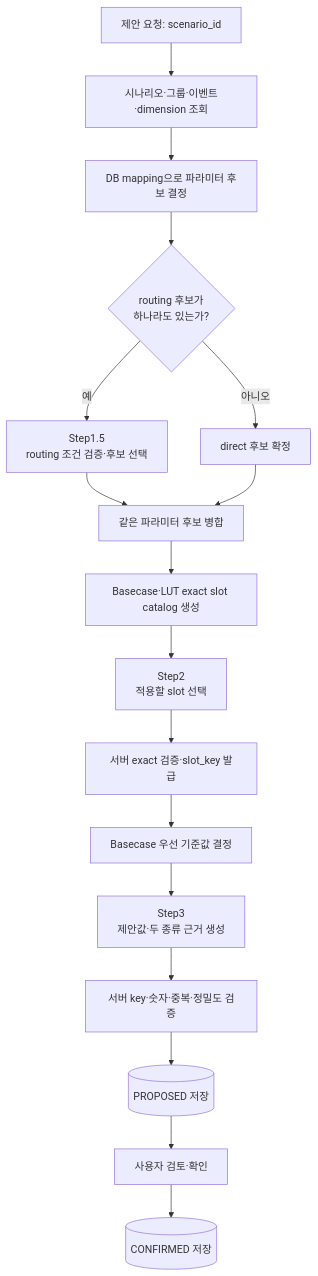
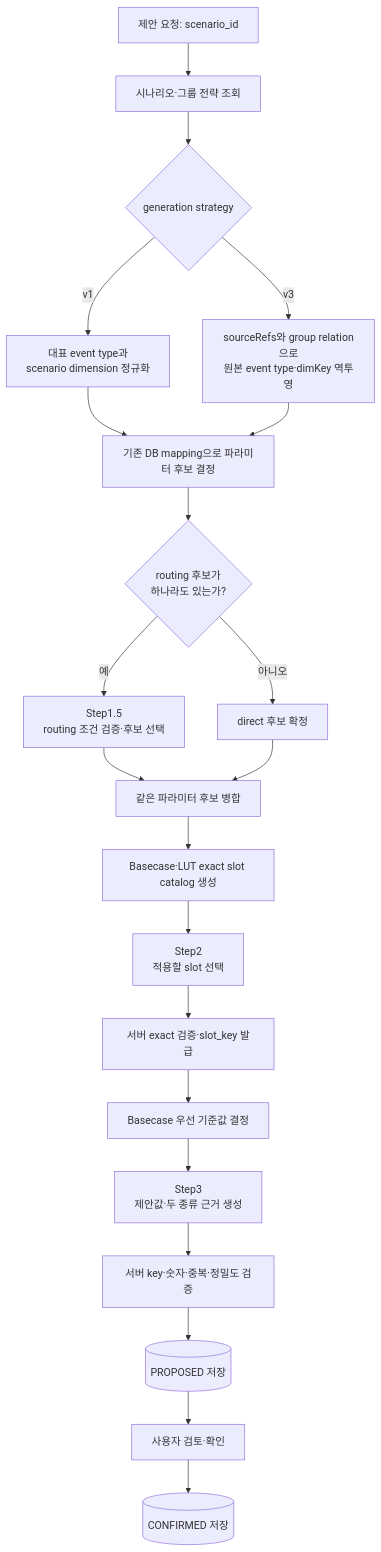
Before and after one commit to enkhbaatarL/skmip-mi-agent: the first of 4 diagrams in apps/agents/model_parameter_agent/docs/04_MODEL_PARAMETER_AGENT_FLOW.md, drawn with Mermaid. The commit also changed other lines of this file and 34 other files, not shown here.

Commit message:
feat: 모델 파라미터 멀티 이벤트 v3 연계

````diff
--- a/apps/agents/model_parameter_agent/docs/04_MODEL_PARAMETER_AGENT_FLOW.md
+++ b/apps/agents/model_parameter_agent/docs/04_MODEL_PARAMETER_AGENT_FLOW.md
@@ -26,19 +28,23 @@
 ```mermaid
 flowchart TD
-    A[제안 요청: scenario_id] --> B[시나리오·그룹·이벤트·dimension 조회]
-    B --> C[DB mapping으로 파라미터 후보 결정]
+    A[제안 요청: scenario_id] --> B[시나리오·그룹 전략 조회]
+    B --> V{generation strategy}
+    V -- v1 --> C1[대표 event type과\nscenario dimension 정규화]
+    V -- v3 --> C2[sourceRefs와 group relation으로\n원본 event type·dimKey 역투영]
+    C1 --> C[기존 DB mapping으로 파라미터 후보 결정]
+    C2 --> C
     C --> D{routing 후보가<br/>하나라도 있는가?}
     D -- 예 --> E[Step1.5<br/>routing 조건 검증·후보 선택]
     D -- 아니오 --> F[direct 후보 확정]
     E --> G[같은 파라미터 후보 병합]
     F --> G
     G --> H[Basecase·LUT exact slot catalog 생성]
     H --> I[Step2<br/>적용할 slot 선택]
     I --> J[서버 exact 검증·slot_key 발급]
     J --> K[Basecase 우선 기준값 결정]
     K --> L[Step3<br/>제안값·두 종류 근거 생성]
     L --> M[서버 key·숫자·중복·정밀도 검증]
     M --> N[(PROPOSED 저장)]
     N --> O[사용자 검토·확인]
     O --> P[(CONFIRMED 저장)]
 ```
````
